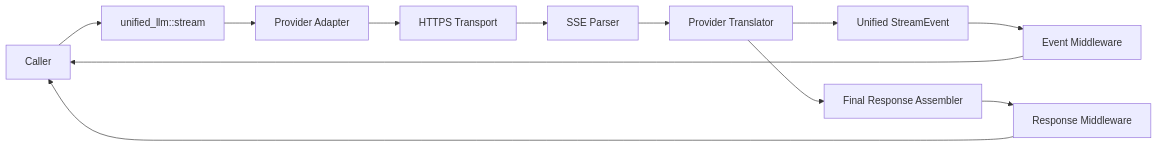
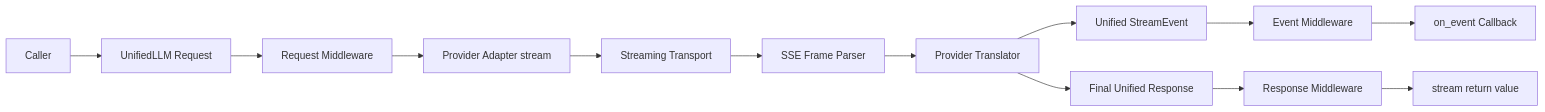
One commit to jaytaylor/attractor-tcl changed the fourth of 5 diagrams in docs/sprints/SPRINT-005-comprehensive-implementation-plan.md. Above: the diagram before and after it, drawn with Mermaid. The commit also changed other lines of this file, not shown here.

````diff
--- a/docs/sprints/SPRINT-005-comprehensive-implementation-plan.md
+++ b/docs/sprints/SPRINT-005-comprehensive-implementation-plan.md
@@ -667,14 +1089,15 @@
 ```mermaid
 flowchart LR
-  A[Caller] --> B[unified_llm::stream]
-  B --> C[Provider Adapter]
-  C --> D[HTTPS Transport]
-  D --> E[SSE Parser]
-  E --> F[Provider Translator]
-  F --> G[Unified StreamEvent]
-  G --> H[Event Middleware]
-  H --> A
-  F --> I[Final Response Assembler]
-  I --> J[Response Middleware]
-  J --> A
+  U[Caller] --> R[UnifiedLLM Request]
+  R --> M1[Request Middleware]
+  M1 --> AD[Provider Adapter stream]
+  AD --> TR[Streaming Transport]
+  TR --> SSE[SSE Frame Parser]
+  SSE --> TX[Provider Translator]
+  TX --> EV[Unified StreamEvent]
+  EV --> M2[Event Middleware]
+  M2 --> CB[on_event Callback]
+  TX --> FR[Final Unified Response]
+  FR --> M3[Response Middleware]
+  M3 --> OUT[stream return value]
 ```
````
